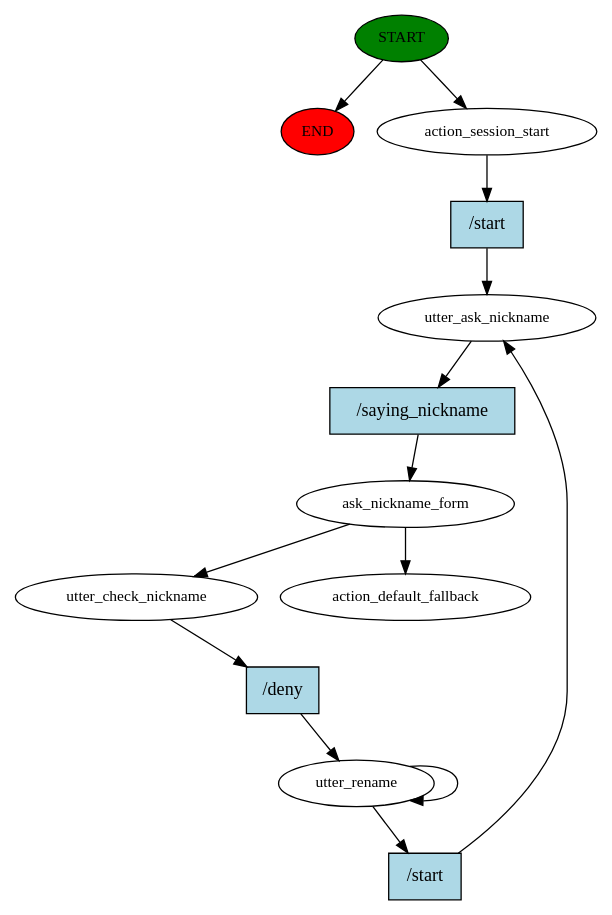
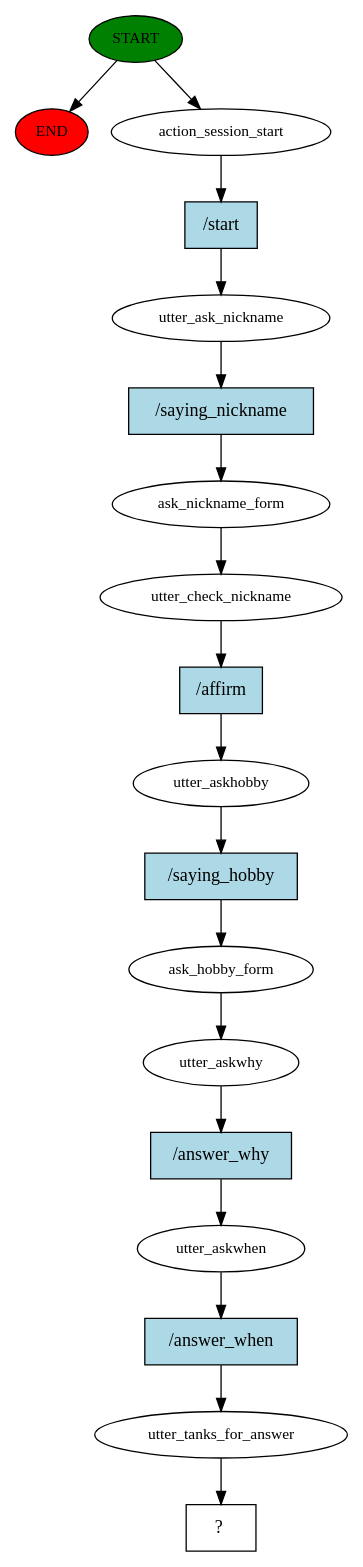
The diagram in story_graph.dot (zeze98/RASA), drawn with Graphviz before and after one commit. The commit also changed 9 other files, not shown here.

```diff
--- a/story_graph.dot
+++ b/story_graph.dot
@@ -1,27 +1,37 @@
 digraph  {
 0 [class="start active", fillcolor=green, fontsize=12, label=START, style=filled];
 "-1" [class=end, fillcolor=red, fontsize=12, label=END, style=filled];
 1 [class=active, fontsize=12, label=action_session_start];
 2 [class=active, fontsize=12, label=utter_ask_nickname];
 3 [class=active, fontsize=12, label=ask_nickname_form];
 4 [class=active, fontsize=12, label=utter_check_nickname];
-5 [class=active, fontsize=12, label=utter_rename];
-9 [class="dashed active", fontsize=12, label=action_default_fallback];
-10 [class="intent active", fillcolor=lightblue, label="/start", shape=rect, style=filled];
-11 [class="intent active", fillcolor=lightblue, label="/saying_nickname", shape=rect, style=filled];
-12 [class="intent active", fillcolor=lightblue, label="/deny", shape=rect, style=filled];
-13 [class="intent active", fillcolor=lightblue, label="/start", shape=rect, style=filled];
+5 [class=active, fontsize=12, label=utter_askhobby];
+6 [class=active, fontsize=12, label=ask_hobby_form];
+7 [class=active, fontsize=12, label=utter_askwhy];
+8 [class=active, fontsize=12, label=utter_askwhen];
+9 [class=active, fontsize=12, label=utter_tanks_for_answer];
+10 [class="intent dashed active", label="  ?  ", shape=rect];
+11 [class="intent active", fillcolor=lightblue, label="/start", shape=rect, style=filled];
+12 [class="intent active", fillcolor=lightblue, label="/saying_nickname", shape=rect, style=filled];
+13 [class="intent active", fillcolor=lightblue, label="/affirm", shape=rect, style=filled];
+14 [class="intent active", fillcolor=lightblue, label="/saying_hobby", shape=rect, style=filled];
+15 [class="intent active", fillcolor=lightblue, label="/answer_why", shape=rect, style=filled];
+16 [class="intent active", fillcolor=lightblue, label="/answer_when", shape=rect, style=filled];
 0 -> "-1"  [class="", key=NONE, label=""];
 0 -> 1  [class=active, key=NONE, label=""];
-1 -> 10  [class=active, key=0];
-2 -> 11  [class=active, key=0];
+1 -> 11  [class=active, key=0];
+2 -> 12  [class=active, key=0];
 3 -> 4  [class=active, key=NONE, label=""];
-3 -> 9  [class=active, key=NONE, label=""];
-4 -> 12  [class=active, key=0];
-5 -> 5  [class=active, key=NONE, label=""];
-5 -> 13  [class=active, key=0];
-10 -> 2  [class=active, key=0];
-11 -> 3  [class=active, key=0];
-12 -> 5  [class=active, key=0];
-13 -> 2  [class=active, key=0];
+4 -> 13  [class=active, key=0];
+5 -> 14  [class=active, key=0];
+6 -> 7  [class=active, key=NONE, label=""];
+7 -> 15  [class=active, key=0];
+8 -> 16  [class=active, key=0];
+9 -> 10  [class=active, key=NONE, label=""];
+11 -> 2  [class=active, key=0];
+12 -> 3  [class=active, key=0];
+13 -> 5  [class=active, key=0];
+14 -> 6  [class=active, key=0];
+15 -> 8  [class=active, key=0];
+16 -> 9  [class=active, key=0];
 }
```
